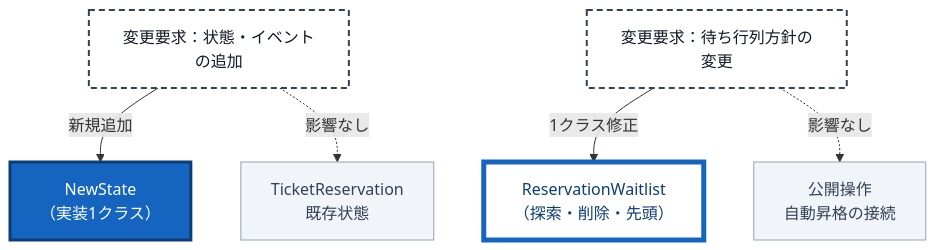
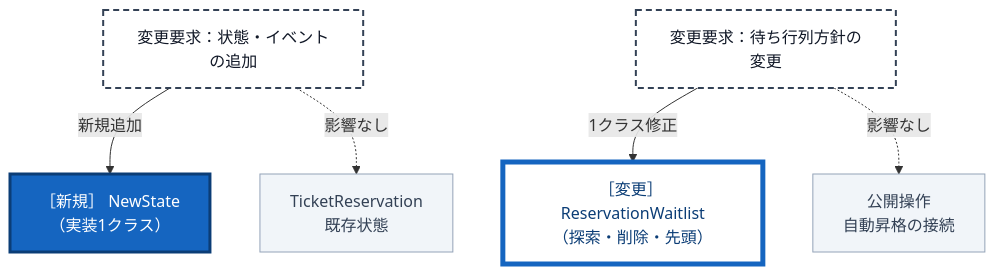
Before and after one commit to kumachan1101-pixel/DesignPattern: diagram 17 of 20 in kindle/design-patterns/books/volume01-core-patterns/output/04-chapter02.md, drawn with Mermaid. The commit also changed other lines of this file and 40 other files, not shown here.

````diff
--- a/kindle/design-patterns/books/volume01-core-patterns/output/04-chapter02.md
+++ b/kindle/design-patterns/books/volume01-core-patterns/output/04-chapter02.md
@@ -3019,14 +2980,14 @@
 ```mermaid
 graph TD
     T1["変更要求：状態・イベントの追加"]:::req
-        -->|新規追加| N1["NewState<br>（実装1クラス）"]:::added
+        -->|新規追加| N1["［新規］ NewState<br>（実装1クラス）"]:::added
     T2["変更要求：待ち行列方針の変更"]:::req
-        -->|1クラス修正| N2["ReservationWaitlist<br>（探索・削除・先頭）"]:::touched
+        -->|1クラス修正| N2["［変更］ ReservationWaitlist<br>（探索・削除・先頭）"]:::touched
     T1 -. "影響なし" .-> A["TicketReservation<br>既存状態"]:::keep
     T2 -. "影響なし" .-> B["公開操作<br>自動昇格の接続"]:::keep
 
     classDef req fill:#ffffff,stroke:#334155,stroke-width:2px,stroke-dasharray:6 4,color:#111827;
     classDef keep fill:#f1f5f9,stroke:#94a3b8,color:#334155;
     classDef added fill:#1565c0,stroke:#0b3d76,stroke-width:3px,color:#ffffff;
     classDef touched fill:#ffffff,stroke:#1565c0,stroke-width:5px,color:#0b3d76;
 ```
````
